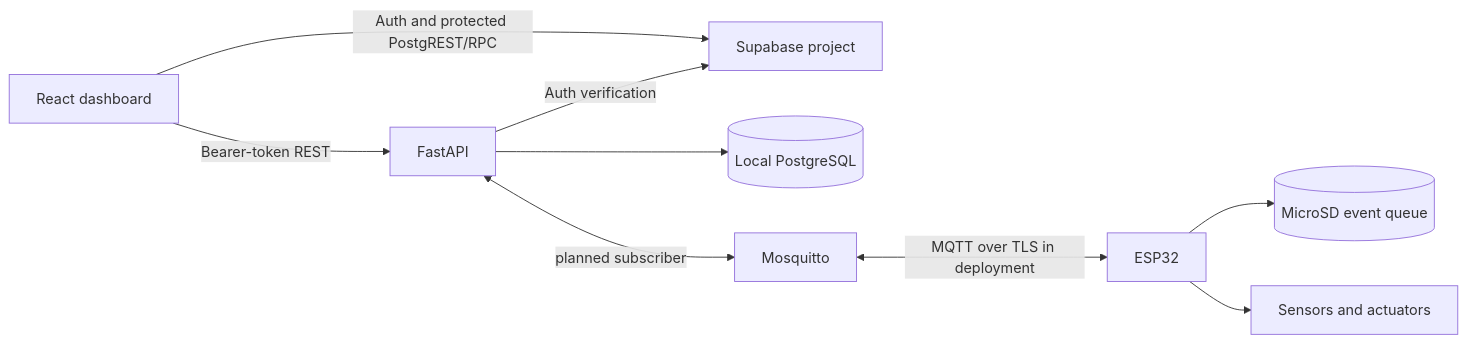
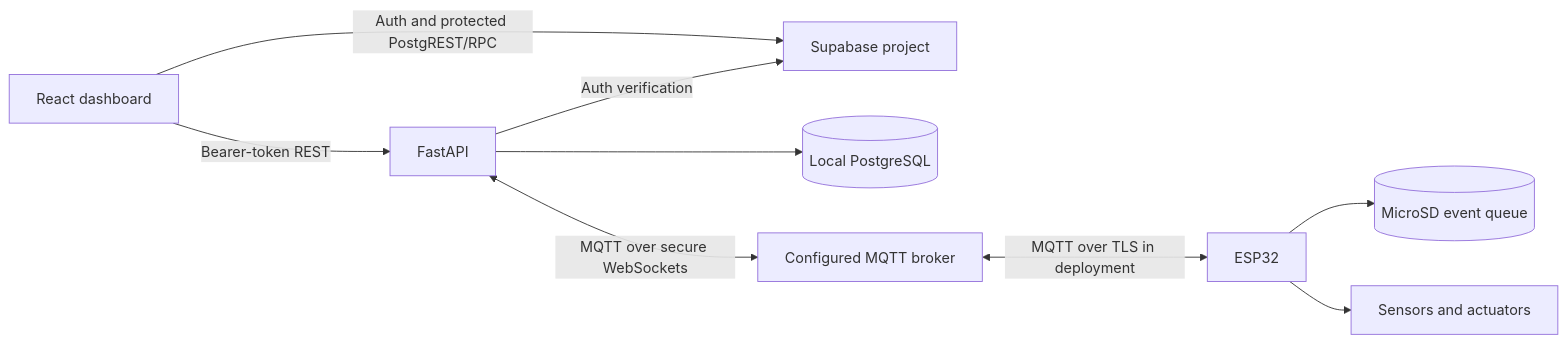
One commit to SproutSync-Technolgy/SproutSync changed the diagram in docs/architecture.md. Above: the diagram before and after it, drawn with Mermaid. The commit also changed other lines of this file and 40 other files, not shown here.

````diff
--- a/docs/architecture.md
+++ b/docs/architecture.md
@@ -5,11 +5,11 @@
 ```mermaid
 flowchart LR
   Browser[React dashboard] -->|Bearer-token REST| Pi[FastAPI]
   Browser -->|Auth and protected PostgREST/RPC| Supabase[Supabase project]
   Pi -->|Auth verification| Supabase
   Pi --> DB[(Local PostgreSQL)]
-  Pi <-->|planned subscriber| Broker[Mosquitto]
+  Pi <-->|MQTT over secure WebSockets| Broker[Configured MQTT broker]
   Broker <-->|MQTT over TLS in deployment| ESP[ESP32]
   ESP --> SD[(MicroSD event queue)]
   ESP --> HW[Sensors and actuators]
 ```
````
